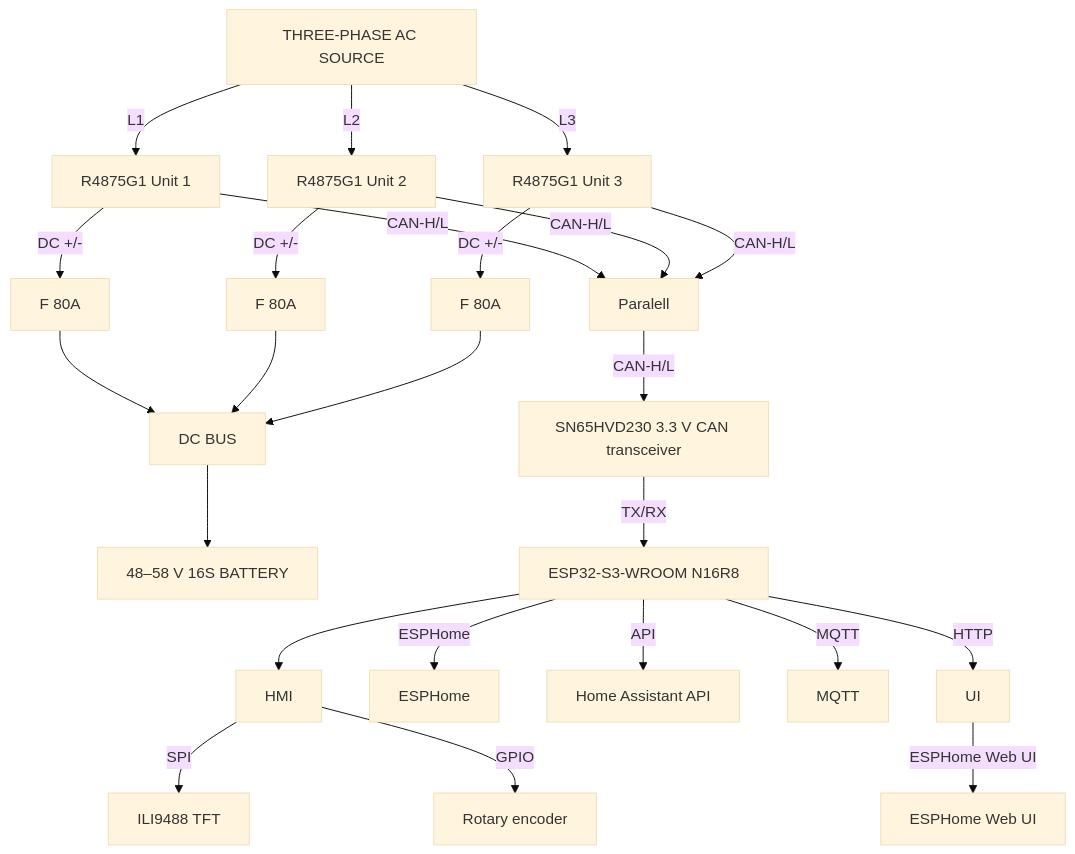
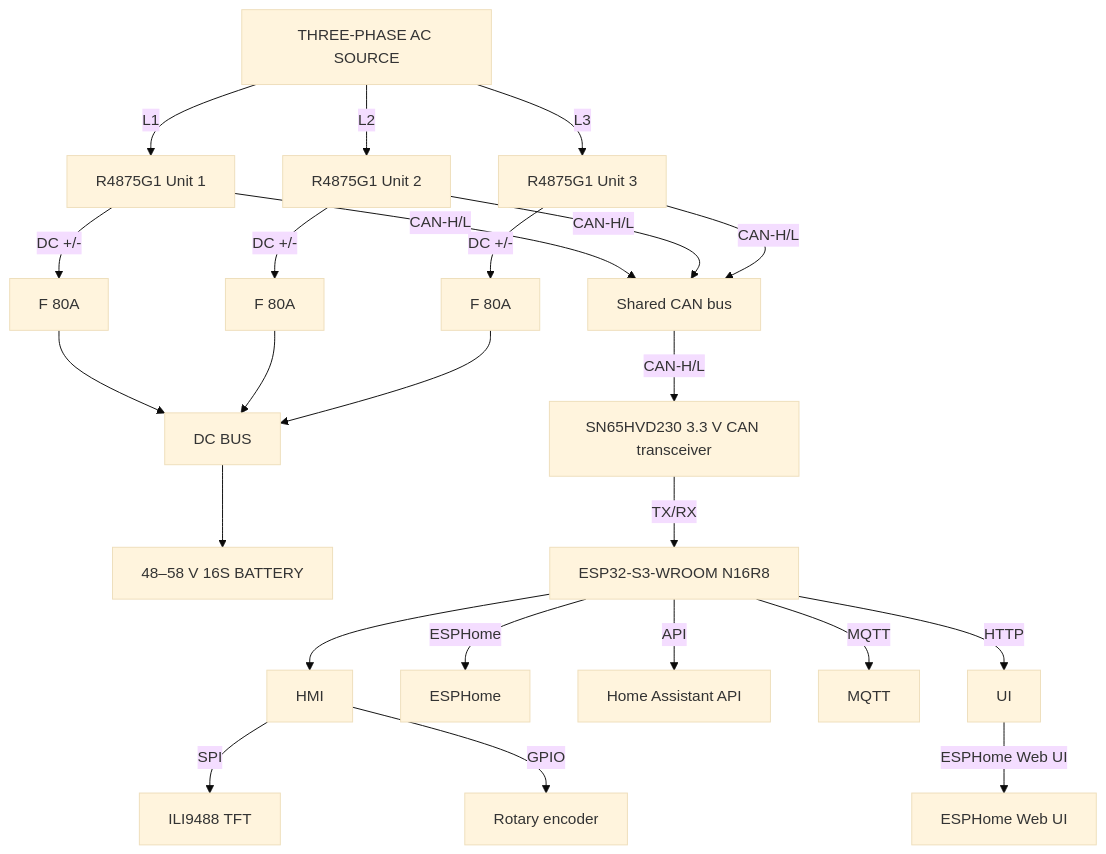
Before and after one commit to anwa/esphome-r4875g1-3phase-charger: the diagram in README.md, drawn with Mermaid (base theme). The commit also changed 1 other file, not shown here.

Commit message:
Clean up comments and stale documentation
- Correct outdated blackstart comments to describe the nominal three-unit power target
- Remove duplicate watchdog and display timer comments
- Correct Unit 2 and Unit 3 scaling-factor documentation
- Clarify that Unit 1 remains the canonical current-scaling source
- Update Unit 2 and Unit 3 capability refresh log messages
- Remove obsolete periodic CAN timing comments
- Correct the documented 30-second DC current refresh interval
- Fix the AC current-limit protocol description to match the implemented CAN encoding
- Clean up voltage and current log formatting
- Remove obsolete generated-style component comments
- Normalize the remaining Turn Off Unit button names
- Replace the misspelled Parallel CAN diagram label with Shared CAN bus
- Improve inline documentation without changing runtime behavior

````diff
--- a/README.md
+++ b/README.md
@@ -171,26 +171,26 @@
 ```mermaid
 graph TD;
     A[THREE-PHASE AC SOURCE] -->|L1| B[R4875G1 Unit 1]
     A -->|L2| C[R4875G1 Unit 2]
     A -->|L3| D[R4875G1 Unit 3]
     B --> |DC +/-| R[F 80A]
     C --> |DC +/-| S[F 80A]
     D --> |DC +/-| T[F 80A]
     R --> U[DC BUS]
     S --> U
     T --> U
     U --> W[48–58 V 16S BATTERY]
-    B -->|CAN-H/L| E[Paralell]
+    B -->|CAN-H/L| E[Shared CAN bus]
     C -->|CAN-H/L| E
     D -->|CAN-H/L| E
     E -->|CAN-H/L| V[SN65HVD230 3.3 V CAN transceiver]
     V -->|TX/RX| F[ESP32-S3-WROOM N16R8]
     F --> O[HMI]
     O -->|SPI| I[ILI9488 TFT]
     O -->|GPIO| H[Rotary encoder]
     F -->|ESPHome| G[ESPHome]
     F -->|API| J[Home Assistant API]
     F -->|MQTT| K[MQTT]
     F -->|HTTP| L[UI]
     L -->|ESPHome Web UI| M[ESPHome Web UI]
 ```
````
